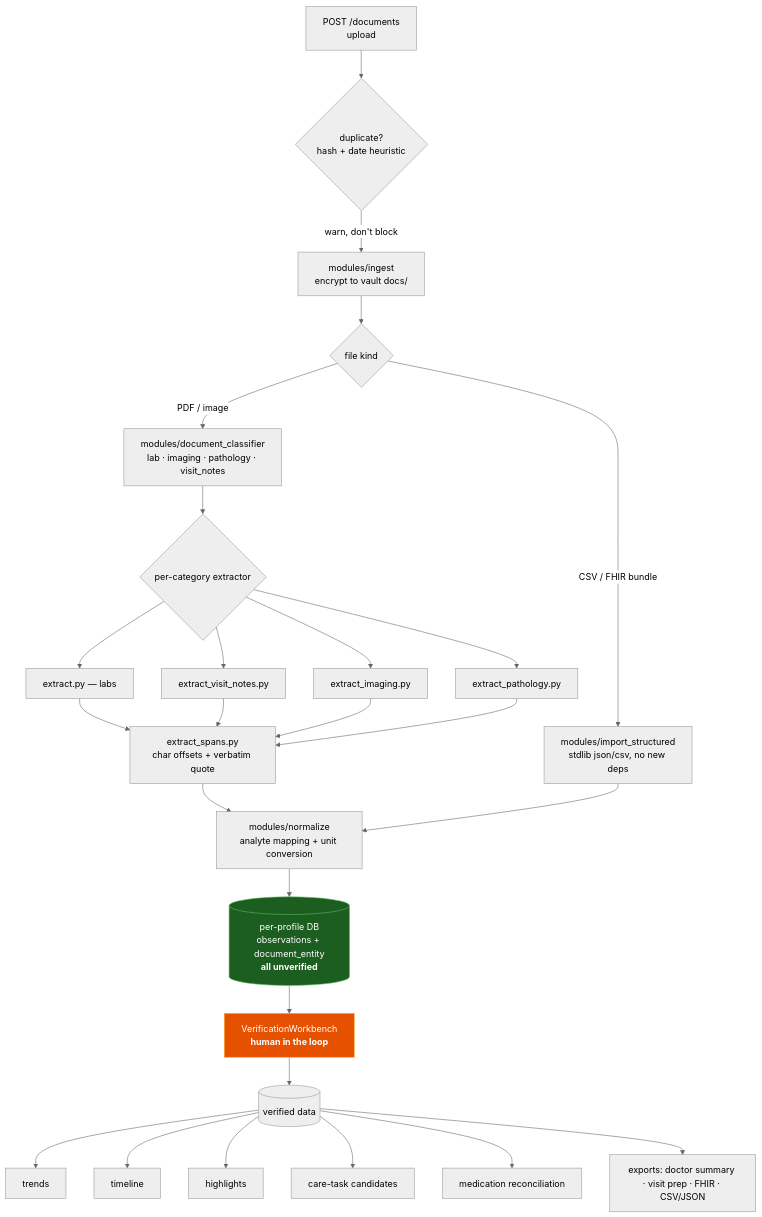
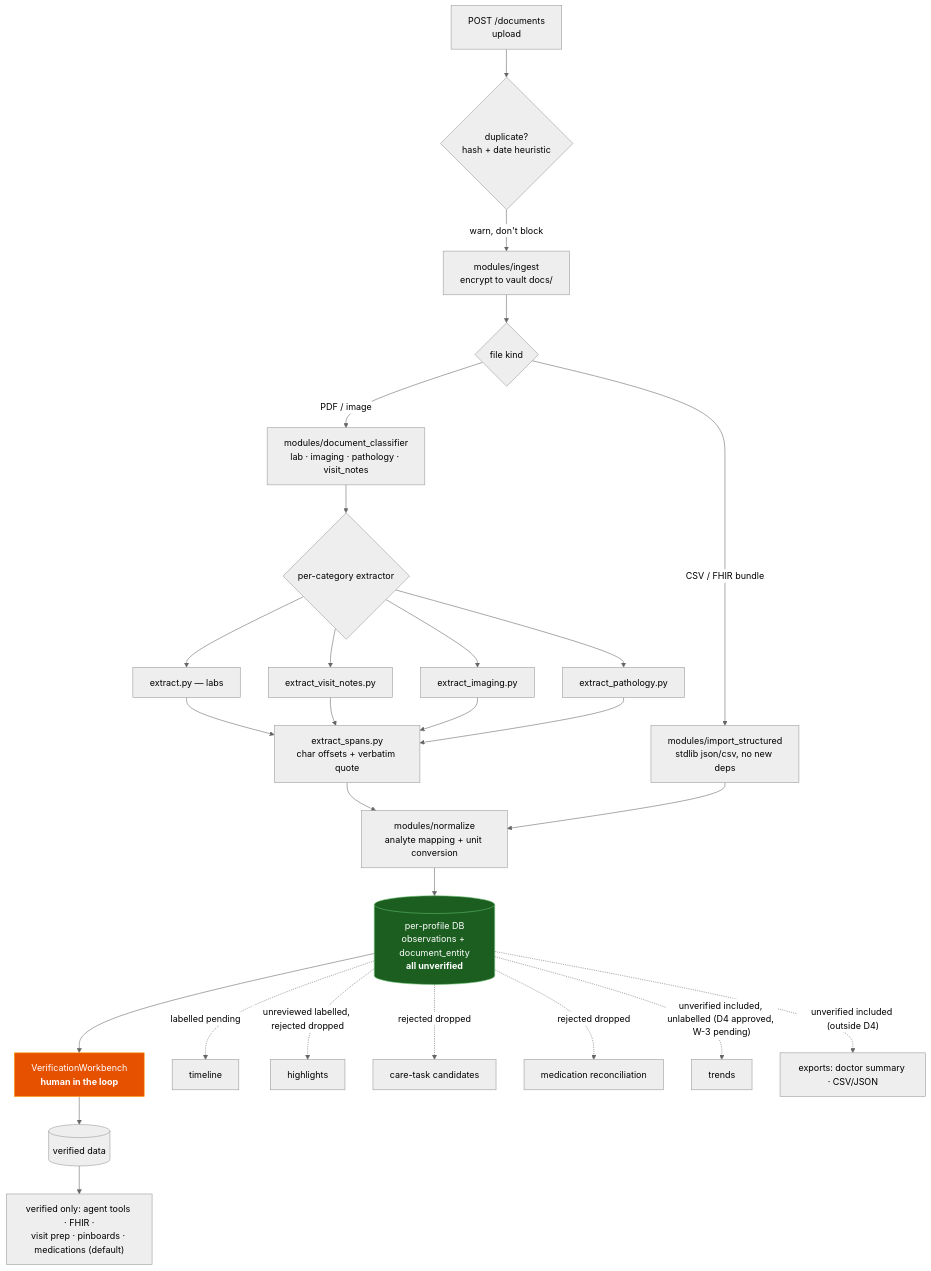
One commit to BrooklynD23/HealthCentral changed the first of 3 diagrams in docs/architecture/pipelines.md. Above: the diagram before and after it, drawn with Mermaid (neutral theme). The commit also changed other lines of this file, not shown here.

Commit message:
docs(architecture): pipelines match code — verification scope, agent draft, legacy checks, export redaction

````diff
--- a/docs/architecture/pipelines.md
+++ b/docs/architecture/pipelines.md
@@ -17,34 +17,35 @@
 ```mermaid
 flowchart TD
     UP["POST /documents<br/>upload"] --> DUP{"duplicate?<br/>hash + date heuristic"}
     DUP -->|warn, don't block| ING["modules/ingest<br/>encrypt to vault docs/"]
 
     ING --> KIND{"file kind"}
     KIND -->|"PDF / image"| CLS["modules/document_classifier<br/>lab · imaging · pathology · visit_notes"]
     KIND -->|"CSV / FHIR bundle"| STRUCT["modules/import_structured<br/>stdlib json/csv, no new deps"]
 
     CLS --> EXT{"per-category extractor"}
     EXT --> E1["extract.py — labs"]
     EXT --> E2["extract_visit_notes.py"]
     EXT --> E3["extract_imaging.py"]
     EXT --> E4["extract_pathology.py"]
     E1 & E2 & E3 & E4 --> SPANS["extract_spans.py<br/>char offsets + verbatim quote"]
 
     SPANS --> NORM["modules/normalize<br/>analyte mapping + unit conversion"]
     STRUCT --> NORM
 
     NORM --> STORE[("per-profile DB<br/>observations + document_entity<br/><b>all unverified</b>")]
 
     STORE --> VERIFY["VerificationWorkbench<br/><b>human in the loop</b>"]
     VERIFY --> VERIFIED[("verified data")]
 
-    VERIFIED --> TRENDS["trends"]
-    VERIFIED --> TL["timeline"]
-    VERIFIED --> HL["highlights"]
-    VERIFIED --> TASKS["care-task candidates"]
-    VERIFIED --> RECON["medication reconciliation"]
-    VERIFIED --> EXPORT["exports: doctor summary · visit prep · FHIR · CSV/JSON"]
+    VERIFIED --> VONLY["verified only: agent tools · FHIR ·<br/>visit prep · pinboards · medications (default)"]
+    STORE -.->|"labelled pending"| TL["timeline"]
+    STORE -.->|"unreviewed labelled, rejected dropped"| HL["highlights"]
+    STORE -.->|"rejected dropped"| TASKS["care-task candidates"]
+    STORE -.->|"rejected dropped"| RECON["medication reconciliation"]
+    STORE -.->|"unverified included, unlabelled (D4 approved, W-3 pending)"| TRENDS["trends"]
+    STORE -.->|"unverified included (outside D4)"| EXPU["exports: doctor summary · CSV/JSON"]
 
     style VERIFY fill:#e65100,stroke:#ff9800,color:#fff
     style STORE fill:#1b5e20,stroke:#66bb6a,color:#fff
 ```
````
